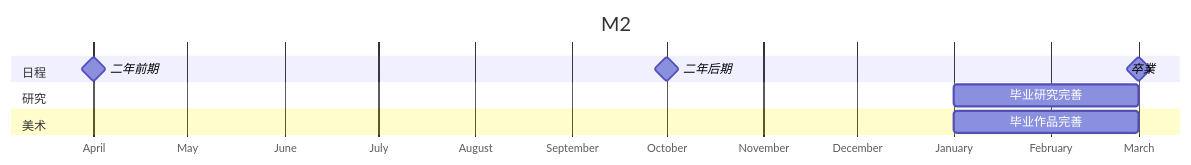
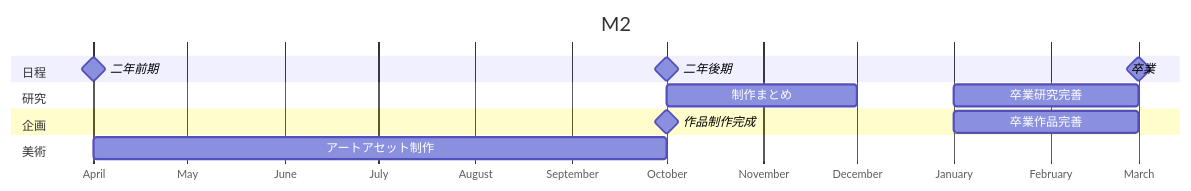
One commit to Kairitsuhou/digitalgarden changed the third of 3 diagrams in src/site/notes/900.Publish/デジタルゲームにおける「視覚空間」デザイン研究：＜多视点＞の表現技法を中心に.md. Above: the diagram before and after it, drawn with Mermaid. The commit also changed other lines of this file, not shown here.

````diff
--- a/src/site/notes/900.Publish/デジタルゲームにおける「視覚空間」デザイン研究：＜多视点＞の表現技法を中心に.md
+++ b/src/site/notes/900.Publish/デジタルゲームにおける「視覚空間」デザイン研究：＜多视点＞の表現技法を中心に.md
@@ -131,26 +135,28 @@
 ```mermaid
 ---
 displayMode: compact 
 ---
 gantt
 	title M2
     dateFormat YYYY-MM
     axisFormat %B
 	
 	section 日程
 	二年前期:milestone,2026-04,0d
-	二年后期:milestone,2026-10,0d
+	二年後期:milestone,2026-10,0d
 	卒業:milestone,2027-03,0d
 	
 	section 研究
-	毕业研究完善:2027-01,2M
+	制作まとめ:2026-10,2M
+	卒業研究完善:2027-01,2M
 	
-	section 美术
-	毕业作品完善:2027-01,2M
+	section 企画
+	作品制作完成:milestone,2026-10,0d
+	卒業作品完善:k2,2027-01,2M
 	
-	section 策划
+	section プログラム
 	
-	
-	section 程序
+	section 美術
+	アートアセット制作:2026-04,6M
 	
 ```
````
